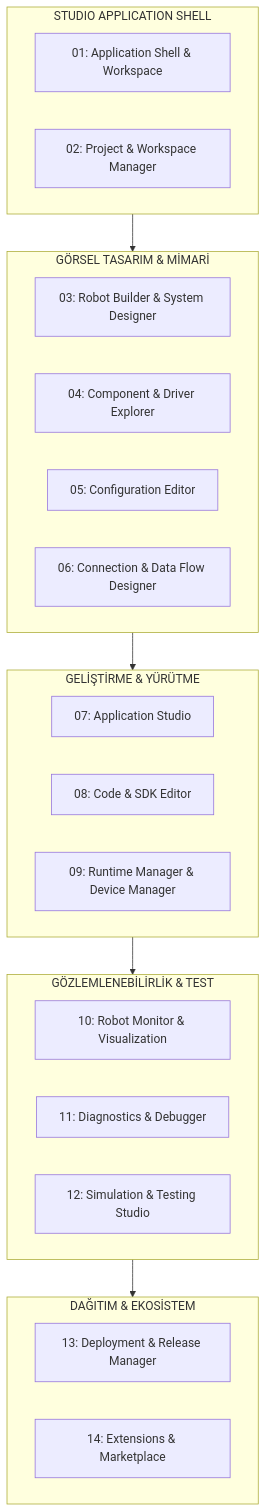
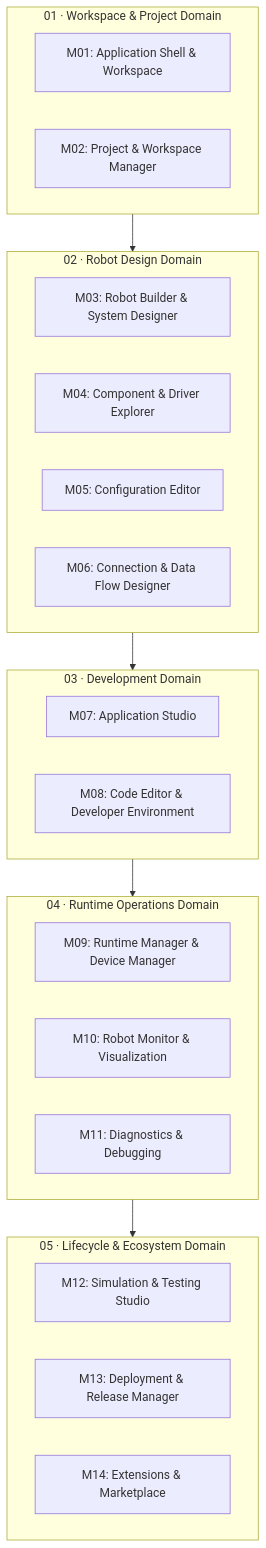
The second of 3 diagrams in docs/plans/STUDIO_ROADMAP.md (ulasusakli/hiyelx), drawn with Mermaid before and after one commit. The commit also changed other lines of this file and 4 other files, not shown here.

Commit message:
docs(studio): sync ADR 0002 v1.1, spec, roadmap, and add P3/P4 technical designs

````diff
--- a/docs/plans/STUDIO_ROADMAP.md
+++ b/docs/plans/STUDIO_ROADMAP.md
@@ -84,36 +88,36 @@
 ```mermaid
 flowchart TD
-    subgraph Shell["STUDIO APPLICATION SHELL"]
-        M01["01: Application Shell & Workspace"]
-        M02["02: Project & Workspace Manager"]
+    subgraph D1["01 · Workspace & Project Domain"]
+        M01["M01: Application Shell & Workspace"]
+        M02["M02: Project & Workspace Manager"]
     end
 
-    subgraph Visual_Design["GÖRSEL TASARIM & MİMARİ"]
-        M03["03: Robot Builder & System Designer"]
-        M04["04: Component & Driver Explorer"]
-        M05["05: Configuration Editor"]
-        M06["06: Connection & Data Flow Designer"]
+    subgraph D2["02 · Robot Design Domain"]
+        M03["M03: Robot Builder & System Designer"]
+        M04["M04: Component & Driver Explorer"]
+        M05["M05: Configuration Editor"]
+        M06["M06: Connection & Data Flow Designer"]
     end
 
-    subgraph Dev_Execution["GELİŞTİRME & YÜRÜTME"]
-        M07["07: Application Studio"]
-        M08["08: Code & SDK Editor"]
-        M09["09: Runtime Manager & Device Manager"]
+    subgraph D3["03 · Development Domain"]
+        M07["M07: Application Studio"]
+        M08["M08: Code Editor & Developer Environment"]
     end
 
-    subgraph Observability["GÖZLEMLENEBİLİRLİK & TEST"]
-        M10["10: Robot Monitor & Visualization"]
-        M11["11: Diagnostics & Debugger"]
-        M12["12: Simulation & Testing Studio"]
+    subgraph D4["04 · Runtime Operations Domain"]
+        M09["M09: Runtime Manager & Device Manager"]
+        M10["M10: Robot Monitor & Visualization"]
+        M11["M11: Diagnostics & Debugging"]
     end
 
-    subgraph Ecosystem["DAĞITIM & EKOSİSTEM"]
-        M13["13: Deployment & Release Manager"]
-        M14["14: Extensions & Marketplace"]
+    subgraph D5["05 · Lifecycle & Ecosystem Domain"]
+        M12["M12: Simulation & Testing Studio"]
+        M13["M13: Deployment & Release Manager"]
+        M14["M14: Extensions & Marketplace"]
     end
 
-    Shell --> Visual_Design
-    Visual_Design --> Dev_Execution
-    Dev_Execution --> Observability
-    Observability --> Ecosystem
+    D1 --> D2
+    D2 --> D3
+    D3 --> D4
+    D4 --> D5
 ```
````
